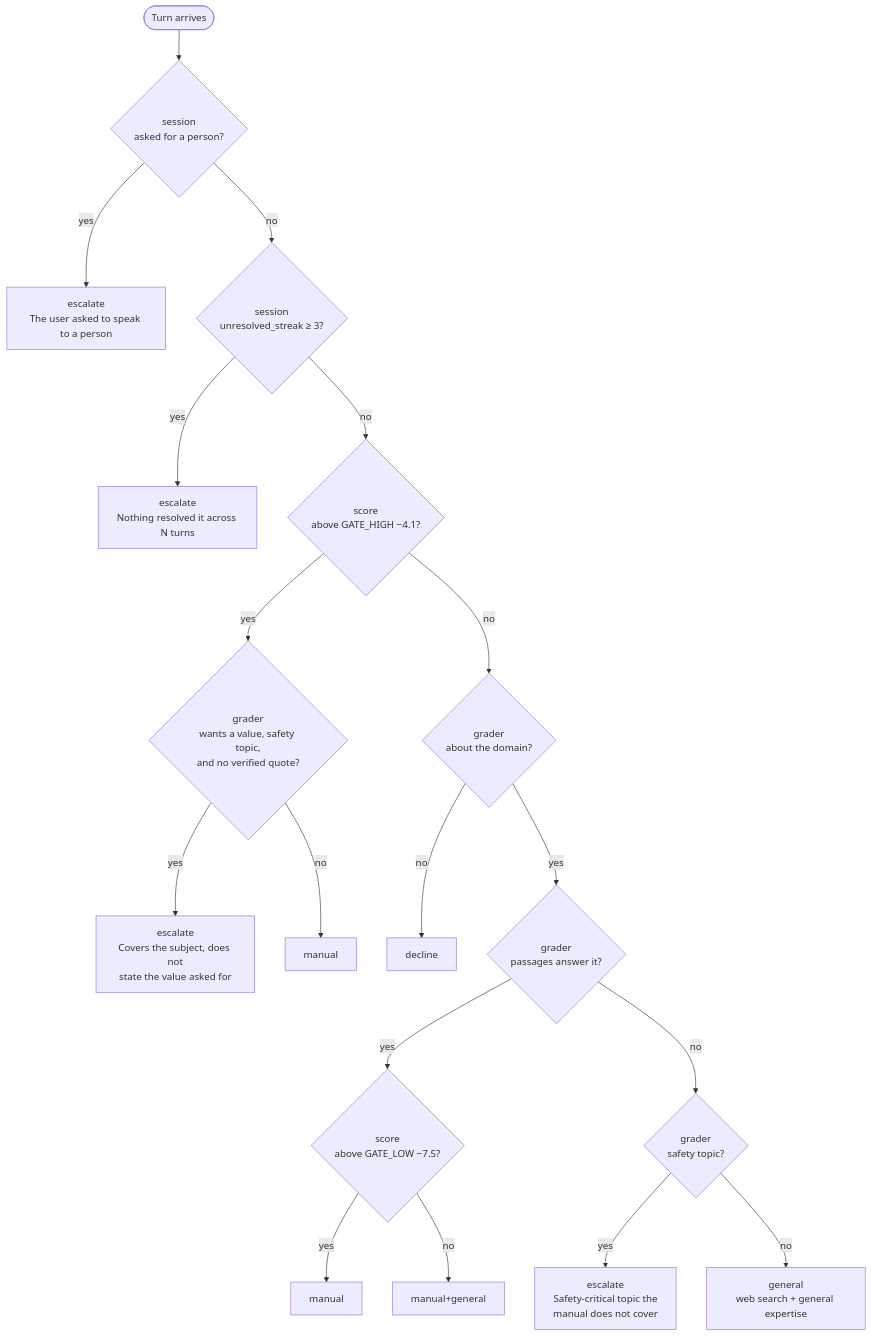
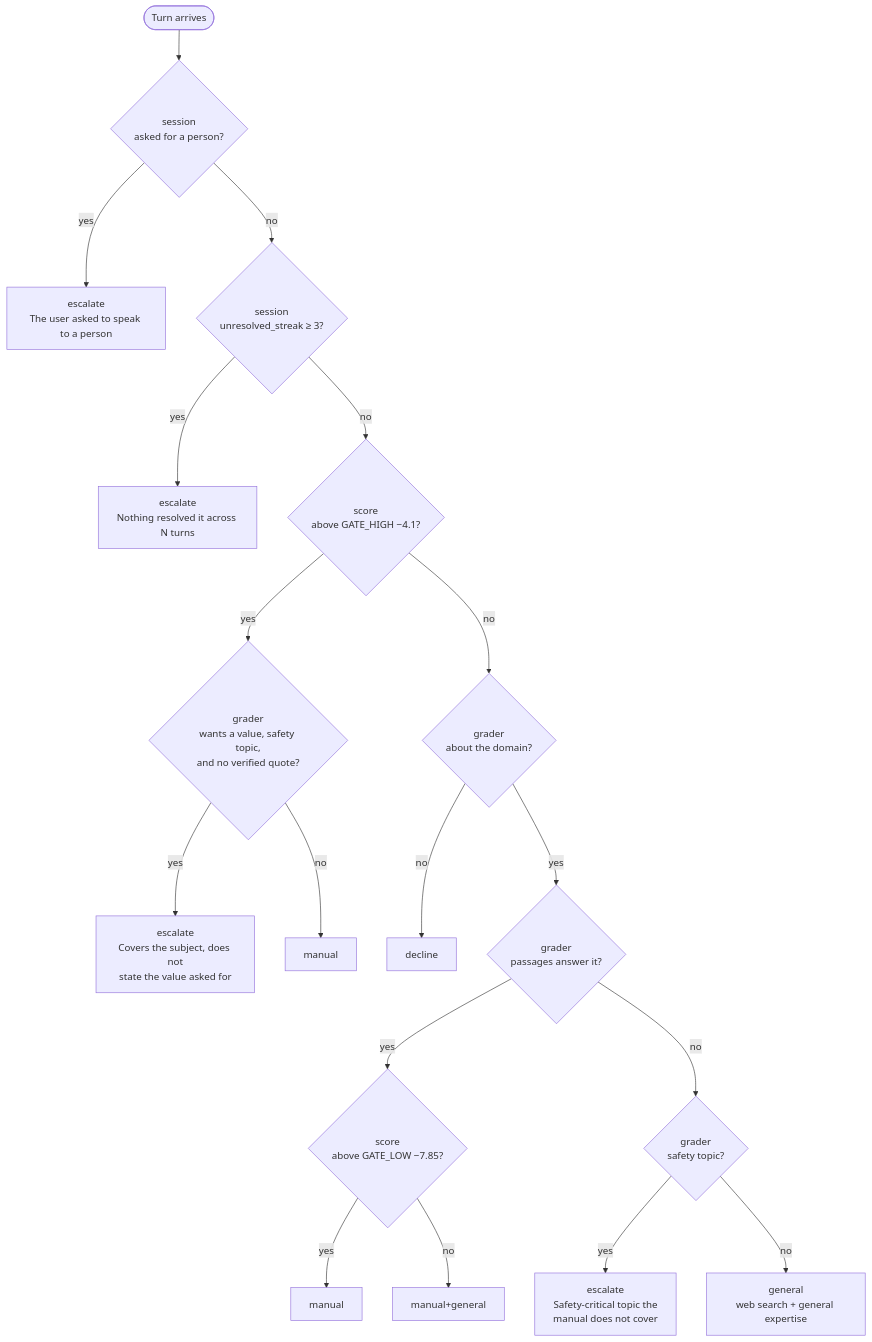
Before and after one commit to NilupulNishan/large-document-processing-demo: the second of 3 diagrams in docs/architecture.md, drawn with Mermaid. The commit also changed other lines of this file and 3 other files, not shown here.

````diff
--- a/docs/architecture.md
+++ b/docs/architecture.md
@@ -128,22 +128,22 @@
 ```mermaid
 flowchart TB
     start(["Turn arrives"]) --> person{"session<br/>asked for a person?"}
     person -->|yes| e1["escalate<br/>The user asked to speak to a person"]
     person -->|no| streak{"session<br/>unresolved_streak ≥ 3?"}
     streak -->|yes| e2["escalate<br/>Nothing resolved it across N turns"]
     streak -->|no| band{"score<br/>above GATE_HIGH −4.1?"}
 
     band -->|yes| val{"grader<br/>wants a value, safety topic,<br/>and no verified quote?"}
     val -->|yes| e3["escalate<br/>Covers the subject, does not<br/>state the value asked for"]
     val -->|no| m1["manual"]
 
     band -->|no| dom{"grader<br/>about the domain?"}
     dom -->|no| dec["decline"]
     dom -->|yes| ans{"grader<br/>passages answer it?"}
-    ans -->|yes| low{"score<br/>above GATE_LOW −7.5?"}
+    ans -->|yes| low{"score<br/>above GATE_LOW −7.85?"}
     low -->|yes| m2["manual"]
     low -->|no| mg["manual+general"]
     ans -->|no| saf{"grader<br/>safety topic?"}
     saf -->|yes| e4["escalate<br/>Safety-critical topic the<br/>manual does not cover"]
     saf -->|no| gen["general<br/>web search + general expertise"]
 ```
````
